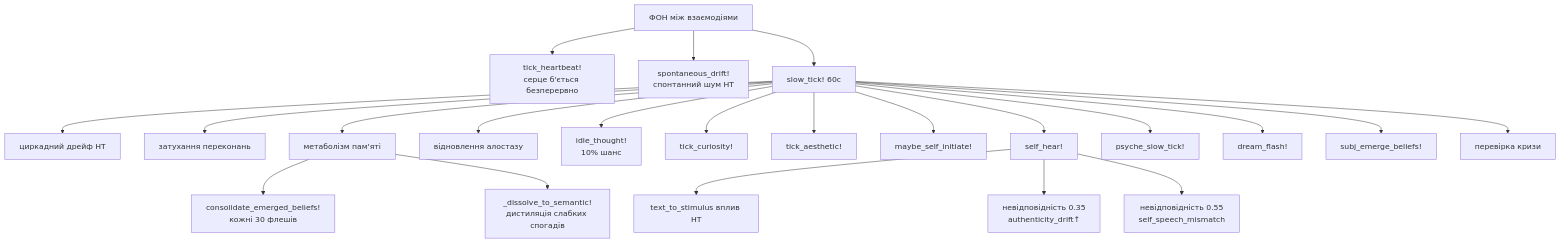
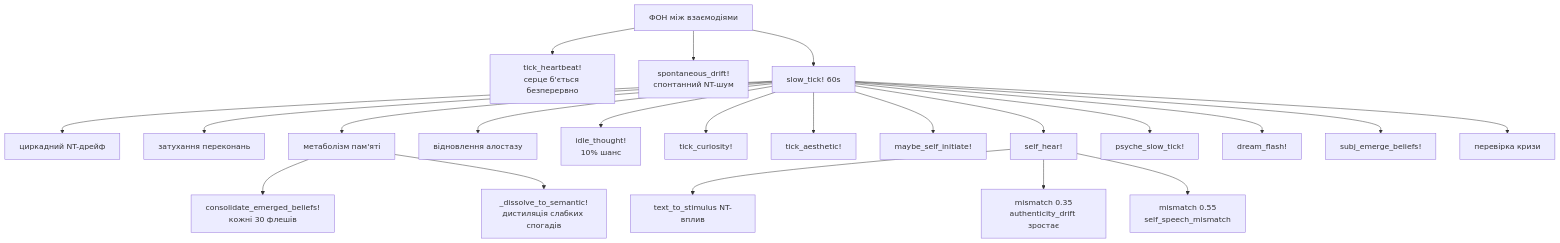
The first of 2 diagrams in README_UA.md (stell2026/Anima), drawn with Mermaid before and after one commit. The commit also changed other lines of this file, not shown here.

````diff
--- a/README_UA.md
+++ b/README_UA.md
@@ -258,25 +273,25 @@
 ```mermaid
 flowchart TD
     BG["ФОН між взаємодіями"]
     BG --> HB["tick_heartbeat!<br/>серце б'ється безперервно"]
-    BG --> SD["spontaneous_drift!<br/>спонтанний шум НТ"]
-    BG --> ST["slow_tick! 60с"]
-    ST --> CD["циркадний дрейф НТ"]
+    BG --> SD["spontaneous_drift!<br/>спонтанний NT-шум"]
+    BG --> ST["slow_tick! 60s"]
+    ST --> CD["циркадний NT-дрейф"]
     ST --> BD["затухання переконань"]
     ST --> MM["метаболізм пам'яті"]
     ST --> AR["відновлення алостазу"]
     ST --> IT["idle_thought!<br/>10% шанс"]
     ST --> TC["tick_curiosity!"]
     ST --> TA["tick_aesthetic!"]
     ST --> SI["maybe_self_initiate!"]
     ST --> SH["self_hear!"]
     ST --> PS["psyche_slow_tick!"]
     ST --> DF["dream_flash!"]
     ST --> SE["subj_emerge_beliefs!"]
     ST --> CR["перевірка кризи"]
     MM --> CB["consolidate_emerged_beliefs!<br/>кожні 30 флешів"]
     MM --> DS["_dissolve_to_semantic!<br/>дистиляція слабких спогадів"]
-    SH --> NT["text_to_stimulus вплив НТ"]
-    SH --> AD["невідповідність 0.35<br/>authenticity_drift↑"]
-    SH --> SM["невідповідність 0.55<br/>self_speech_mismatch"]
+    SH --> NT["text_to_stimulus NT-вплив"]
+    SH --> AD["mismatch 0.35<br/>authenticity_drift зростає"]
+    SH --> SM["mismatch 0.55<br/>self_speech_mismatch"]
 ```
````
